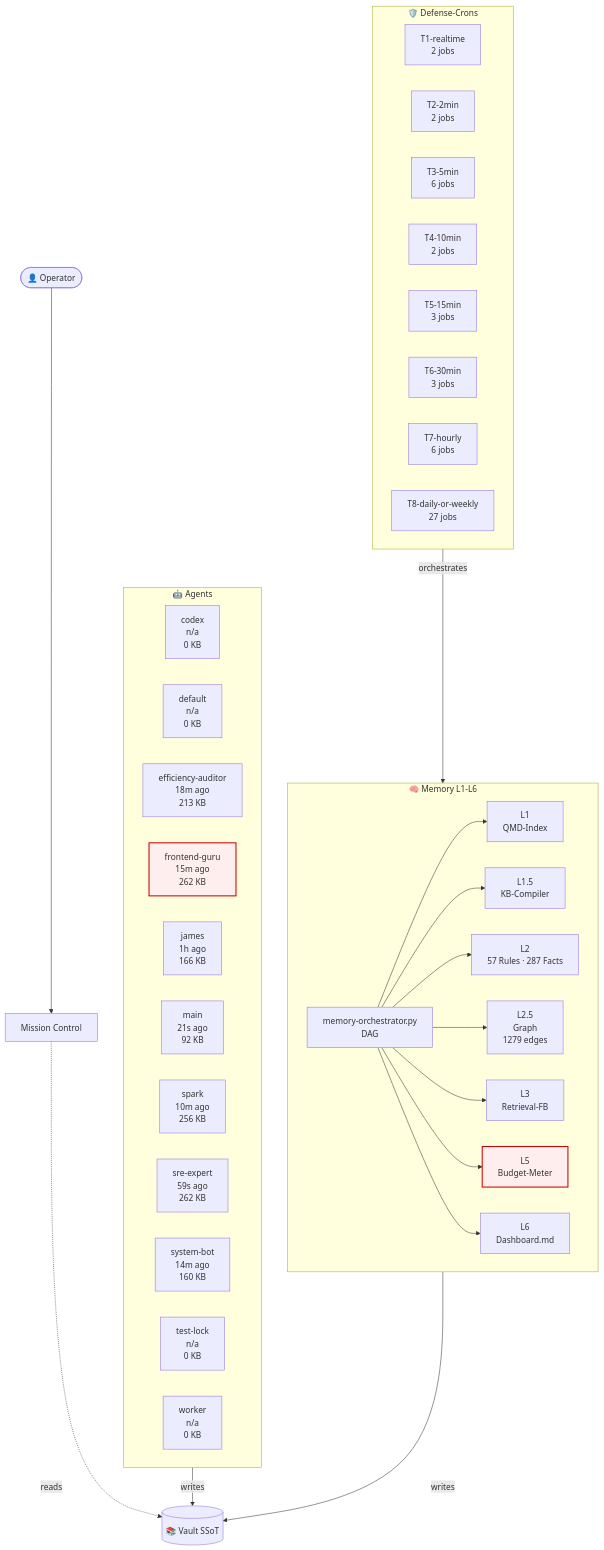
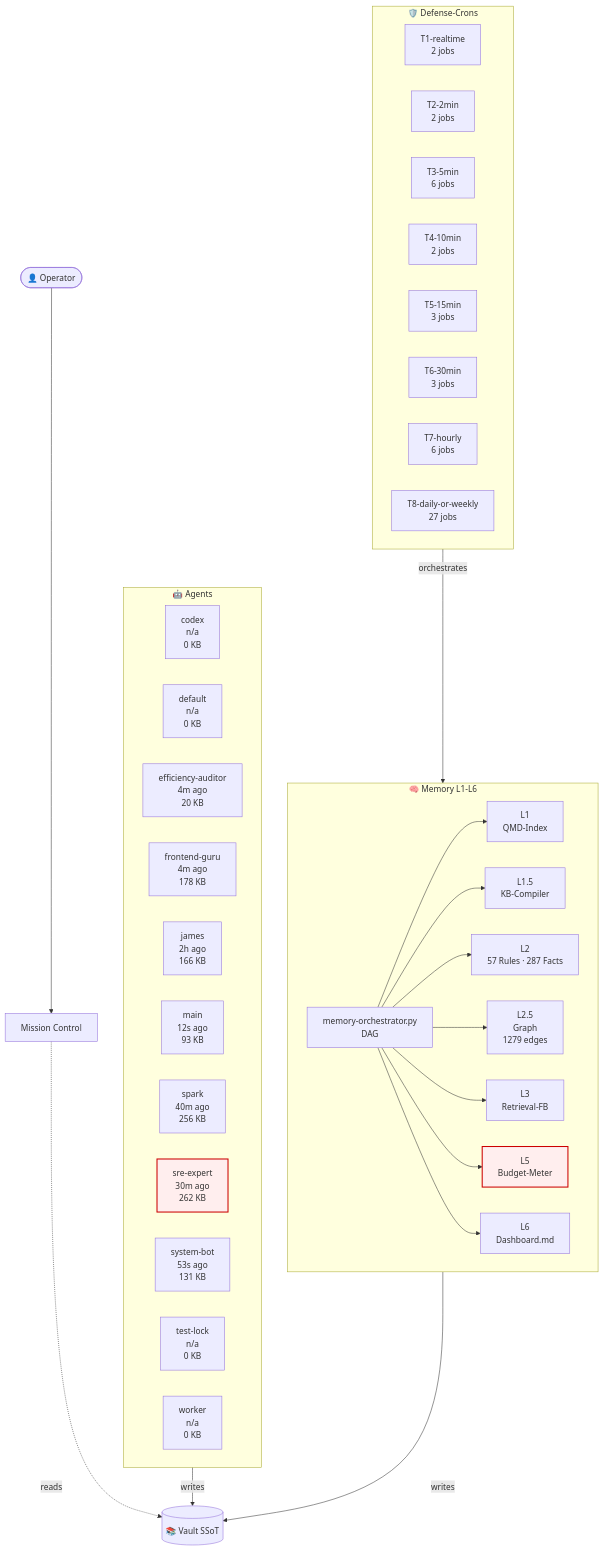
Before and after one commit to lenardhuebner88-rgb/openclaw-memory: the diagram in 03-Agents/architecture-live.md, drawn with Mermaid. The commit also changed other lines of this file and 11 other files, not shown here.

````diff
--- a/03-Agents/architecture-live.md
+++ b/03-Agents/architecture-live.md
@@ -18,54 +18,54 @@
 ```mermaid
 flowchart TB
     classDef critical fill:#fee,stroke:#c00,stroke-width:2px;
     subgraph AGT["🤖 Agents"]
         agent_codex["codex<br/>n/a<br/>0 KB"]
         agent_default["default<br/>n/a<br/>0 KB"]
-        agent_efficiency_auditor["efficiency-auditor<br/>18m ago<br/>213 KB"]
-        agent_frontend_guru["frontend-guru<br/>15m ago<br/>262 KB"]
-        agent_james["james<br/>1h ago<br/>166 KB"]
-        agent_main["main<br/>21s ago<br/>92 KB"]
-        agent_spark["spark<br/>10m ago<br/>256 KB"]
-        agent_sre_expert["sre-expert<br/>59s ago<br/>262 KB"]
-        agent_system_bot["system-bot<br/>14m ago<br/>160 KB"]
+        agent_efficiency_auditor["efficiency-auditor<br/>4m ago<br/>20 KB"]
+        agent_frontend_guru["frontend-guru<br/>4m ago<br/>178 KB"]
+        agent_james["james<br/>2h ago<br/>166 KB"]
+        agent_main["main<br/>12s ago<br/>93 KB"]
+        agent_spark["spark<br/>40m ago<br/>256 KB"]
+        agent_sre_expert["sre-expert<br/>30m ago<br/>262 KB"]
+        agent_system_bot["system-bot<br/>53s ago<br/>131 KB"]
         agent_test_lock["test-lock<br/>n/a<br/>0 KB"]
         agent_worker["worker<br/>n/a<br/>0 KB"]
     end
     subgraph MEM["🧠 Memory L1-L6"]
         L1["L1<br/>QMD-Index"]
         L15["L1.5<br/>KB-Compiler"]
         L2["L2<br/>57 Rules · 287 Facts"]
         L25["L2.5<br/>Graph<br/>1279 edges"]
         L3["L3<br/>Retrieval-FB"]
         L5["L5<br/>Budget-Meter"]
         L6["L6<br/>Dashboard.md"]
         ORCH["memory-orchestrator.py<br/>DAG"]
     end
     subgraph CRN["🛡️ Defense-Crons"]
         tier_T1_realtime["T1-realtime<br/>2 jobs"]
         tier_T2_2min["T2-2min<br/>2 jobs"]
         tier_T3_5min["T3-5min<br/>6 jobs"]
         tier_T4_10min["T4-10min<br/>2 jobs"]
         tier_T5_15min["T5-15min<br/>3 jobs"]
         tier_T6_30min["T6-30min<br/>3 jobs"]
         tier_T7_hourly["T7-hourly<br/>6 jobs"]
         tier_T8_daily_or_weekly["T8-daily-or-weekly<br/>27 jobs"]
     end
     VAULT[("📚 Vault SSoT")]
     OP([👤 Operator])
     MC["Mission Control"]
     OP --> MC
     MC -.reads.-> VAULT
     AGT -->|writes| VAULT
     MEM -->|writes| VAULT
     ORCH --> L1
     ORCH --> L15
     ORCH --> L2
     ORCH --> L25
     ORCH --> L3
     ORCH --> L5
     ORCH --> L6
     CRN -->|orchestrates| MEM
     class L5 critical
-    class agent_frontend_guru critical
+    class agent_sre_expert critical
 ```
````
